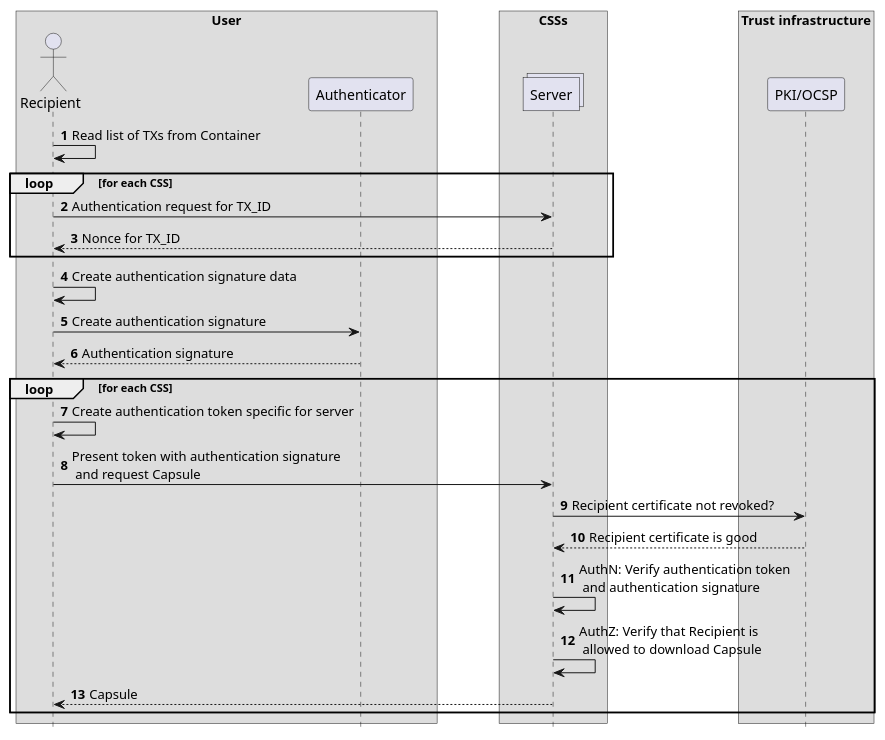
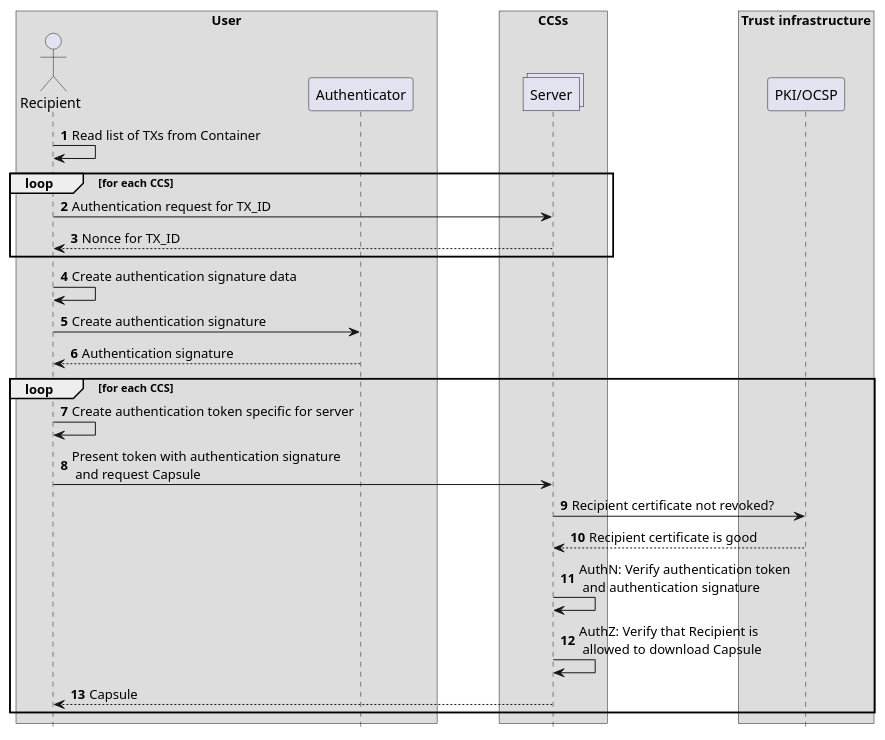
The diagram in cdoc2-system-docs/docs/03_system_architecture/ch04_capsule_server.md (open-eid/CDOC2), drawn with PlantUML before and after one commit. The commit also changed other lines of this file and 3 other files, not shown here.

````diff
--- a/cdoc2-system-docs/docs/03_system_architecture/ch04_capsule_server.md
+++ b/cdoc2-system-docs/docs/03_system_architecture/ch04_capsule_server.md
@@ -35,39 +33,39 @@
 ```plantuml
 @startuml
 skinparam ParticipantPadding 20
 skinparam BoxPadding 30
 hide footbox
 autonumber
 
 box "User"
 Actor Recipient as R
 participant Authenticator as A
 end box
 
-box "CSSs"
+box "CCSs"
 collections Server as S
 end box
 
 box "Trust infrastructure"
 participant "PKI/OCSP" as PKI
 end box
 
 R -> R: Read list of TXs from Container
-loop for each CSS
+loop for each CCS
     R -> S: Authentication request for TX_ID
     S --> R: Nonce for TX_ID
 end
 R -> R: Create authentication signature data
 R -> A: Create authentication signature
 A --> R: Authentication signature
-loop for each CSS
+loop for each CCS
     R -> R: Create authentication token specific for server
     R -> S: Present token with authentication signature \n and request Capsule
     S -> PKI: Recipient certificate not revoked?
     PKI --> S: Recipient certificate is good
     S -> S: AuthN: Verify authentication token \n and authentication signature
     S -> S: AuthZ: Verify that Recipient is \n allowed to download Capsule
     S --> R: Capsule
 end
 @enduml
 ```
````
